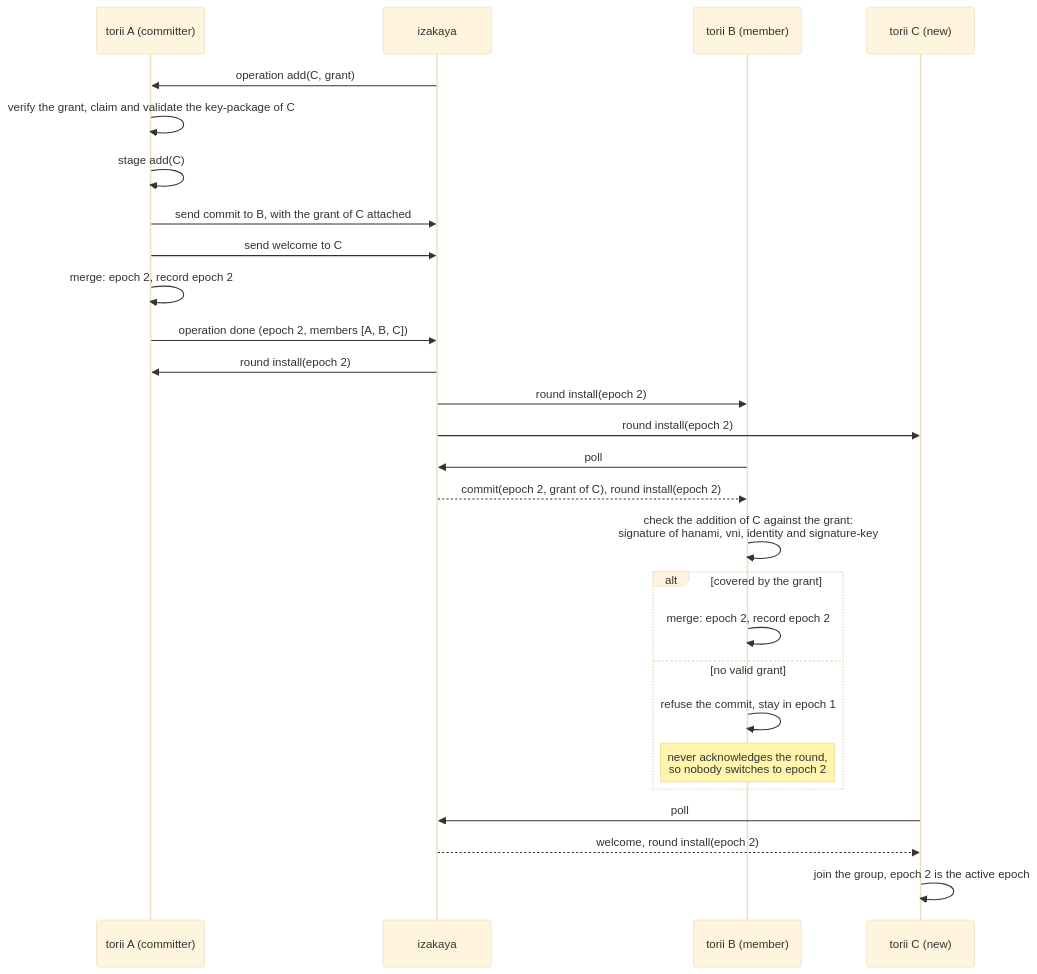
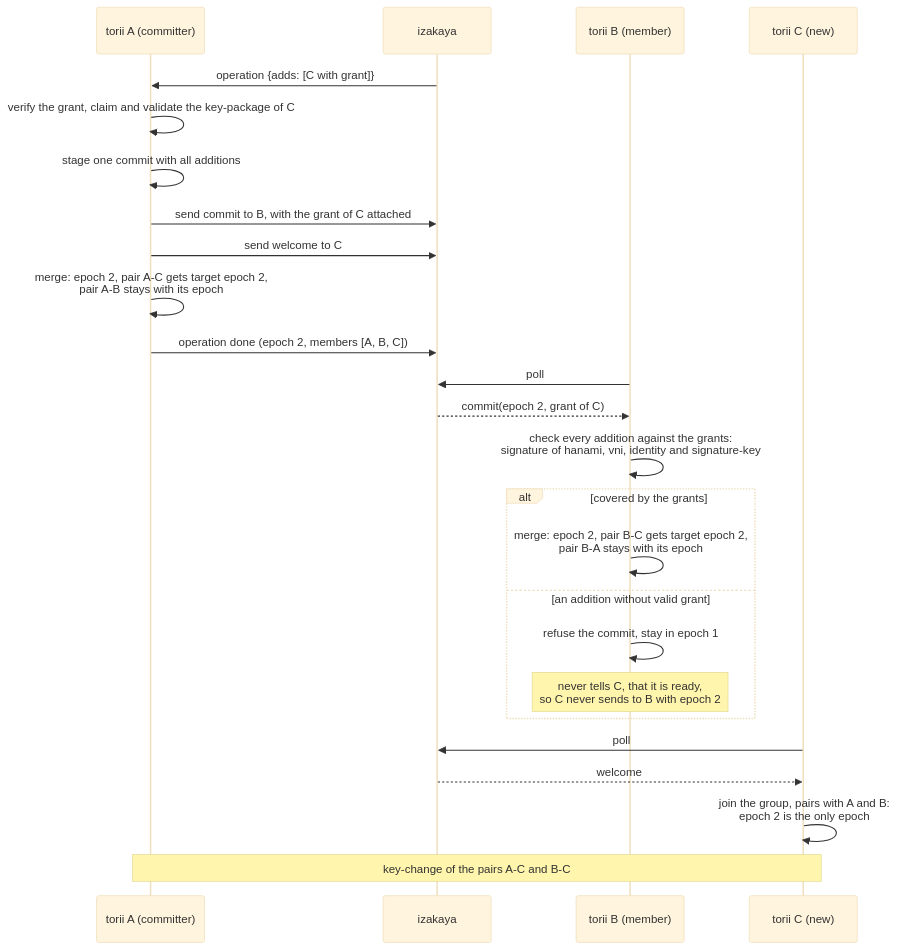
One commit to kitsudaiki/ainari changed the seventh of 20 diagrams in docs/developer/sequence_diagrams/network_crypto_key_exchange.md. Above: the diagram before and after it, drawn with Mermaid (base theme). The commit also changed other lines of this file and 3 other files, not shown here.

````diff
--- a/docs/developer/sequence_diagrams/network_crypto_key_exchange.md
+++ b/docs/developer/sequence_diagrams/network_crypto_key_exchange.md
@@ -237,32 +259,30 @@
 ```mermaid
 sequenceDiagram
     participant TA as torii A (committer)
     participant I as izakaya
     participant TB as torii B (member)
     participant TC as torii C (new)
 
-    I->>TA: operation add(C, grant)
+    I->>TA: operation {adds: [C with grant]}
     TA->>TA: verify the grant, claim and validate the key-package of C
-    TA->>TA: stage add(C)
+    TA->>TA: stage one commit with all additions
     TA->>I: send commit to B, with the grant of C attached
     TA->>I: send welcome to C
-    TA->>TA: merge: epoch 2, record epoch 2
+    TA->>TA: merge: epoch 2, pair A-C gets target epoch 2,<br/>pair A-B stays with its epoch
     TA->>I: operation done (epoch 2, members [A, B, C])
-    I->>TA: round install(epoch 2)
-    I->>TB: round install(epoch 2)
-    I->>TC: round install(epoch 2)
 
     TB->>I: poll
-    I-->>TB: commit(epoch 2, grant of C), round install(epoch 2)
-    TB->>TB: check the addition of C against the grant:<br/>signature of hanami, vni, identity and signature-key
-    alt covered by the grant
-        TB->>TB: merge: epoch 2, record epoch 2
-    else no valid grant
+    I-->>TB: commit(epoch 2, grant of C)
+    TB->>TB: check every addition against the grants:<br/>signature of hanami, vni, identity and signature-key
+    alt covered by the grants
+        TB->>TB: merge: epoch 2, pair B-C gets target epoch 2,<br/>pair B-A stays with its epoch
+    else an addition without valid grant
         TB->>TB: refuse the commit, stay in epoch 1
-        Note over TB: never acknowledges the round,<br/>so nobody switches to epoch 2
+        Note over TB: never tells C, that it is ready,<br/>so C never sends to B with epoch 2
     end
 
     TC->>I: poll
-    I-->>TC: welcome, round install(epoch 2)
-    TC->>TC: join the group, epoch 2 is the active epoch
+    I-->>TC: welcome
+    TC->>TC: join the group, pairs with A and B:<br/>epoch 2 is the only epoch
+    Note over TA,TC: key-change of the pairs A-C and B-C
 ```
````
